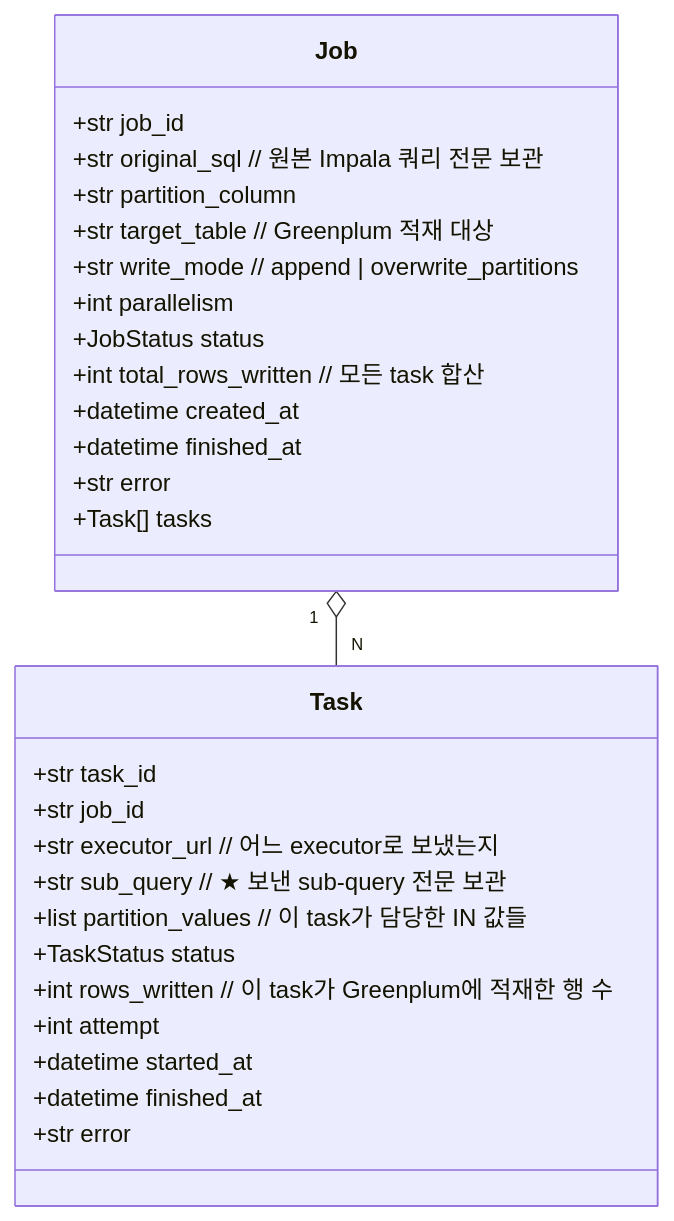
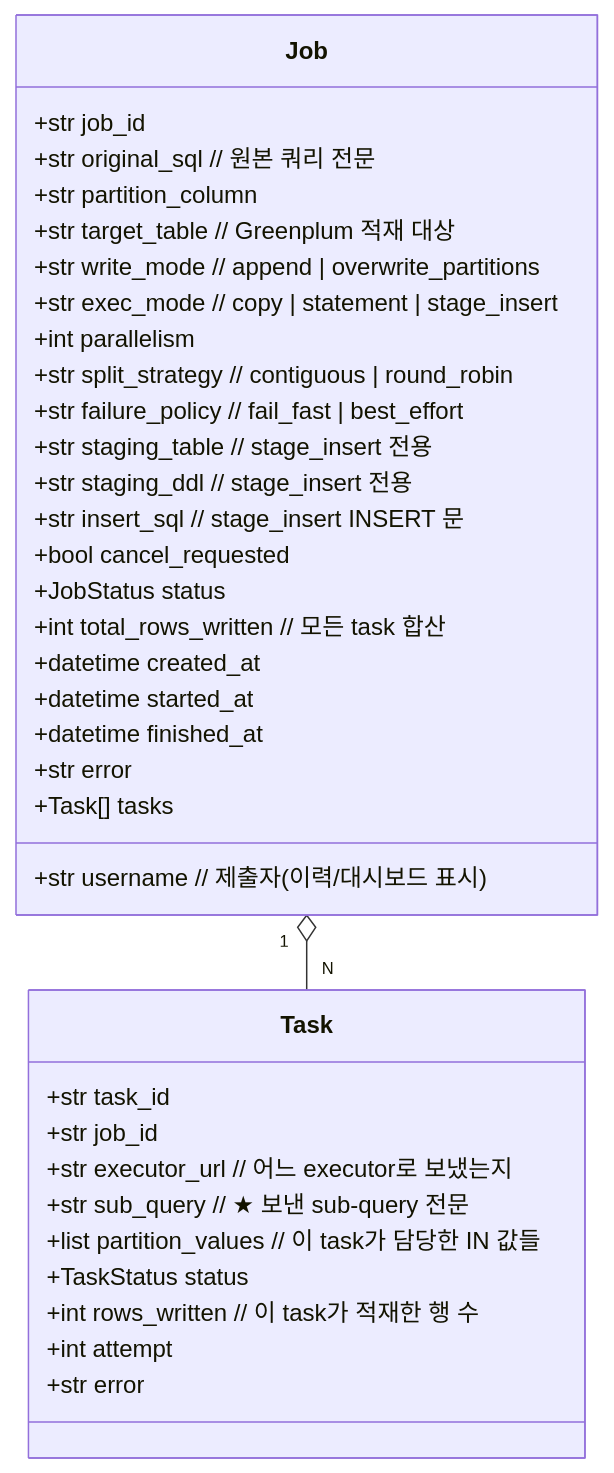
One commit to DataDynamics/distributed-query-executor changed the third of 8 diagrams in DESIGN.md. Above: the diagram before and after it, drawn with Mermaid. The commit also changed other lines of this file, not shown here.

````diff
--- a/DESIGN.md
+++ b/DESIGN.md
@@ -124,33 +136,40 @@
 ```mermaid
 classDiagram
     class Job {
         +str job_id
-        +str original_sql        // 원본 Impala 쿼리 전문 보관
+        +str original_sql        // 원본 쿼리 전문
         +str partition_column
         +str target_table        // Greenplum 적재 대상
         +str write_mode          // append | overwrite_partitions
+        +str exec_mode           // copy | statement | stage_insert
         +int parallelism
+        +str split_strategy      // contiguous | round_robin
+        +str failure_policy      // fail_fast | best_effort
+        +str username            // 제출자(이력/대시보드 표시)
+        +str staging_table       // stage_insert 전용
+        +str staging_ddl         // stage_insert 전용
+        +str insert_sql          // stage_insert INSERT 문
+        +bool cancel_requested
         +JobStatus status
         +int total_rows_written  // 모든 task 합산
         +datetime created_at
+        +datetime started_at
         +datetime finished_at
         +str error
         +Task[] tasks
     }
 
     class Task {
         +str task_id
         +str job_id
         +str executor_url        // 어느 executor로 보냈는지
-        +str sub_query           // ★ 보낸 sub-query 전문 보관
+        +str sub_query           // ★ 보낸 sub-query 전문
         +list partition_values   // 이 task가 담당한 IN 값들
         +TaskStatus status
-        +int rows_written        // 이 task가 Greenplum에 적재한 행 수
+        +int rows_written        // 이 task가 적재한 행 수
         +int attempt
-        +datetime started_at
-        +datetime finished_at
         +str error
     }
 
     Job "1" o-- "N" Task
 ```
````
